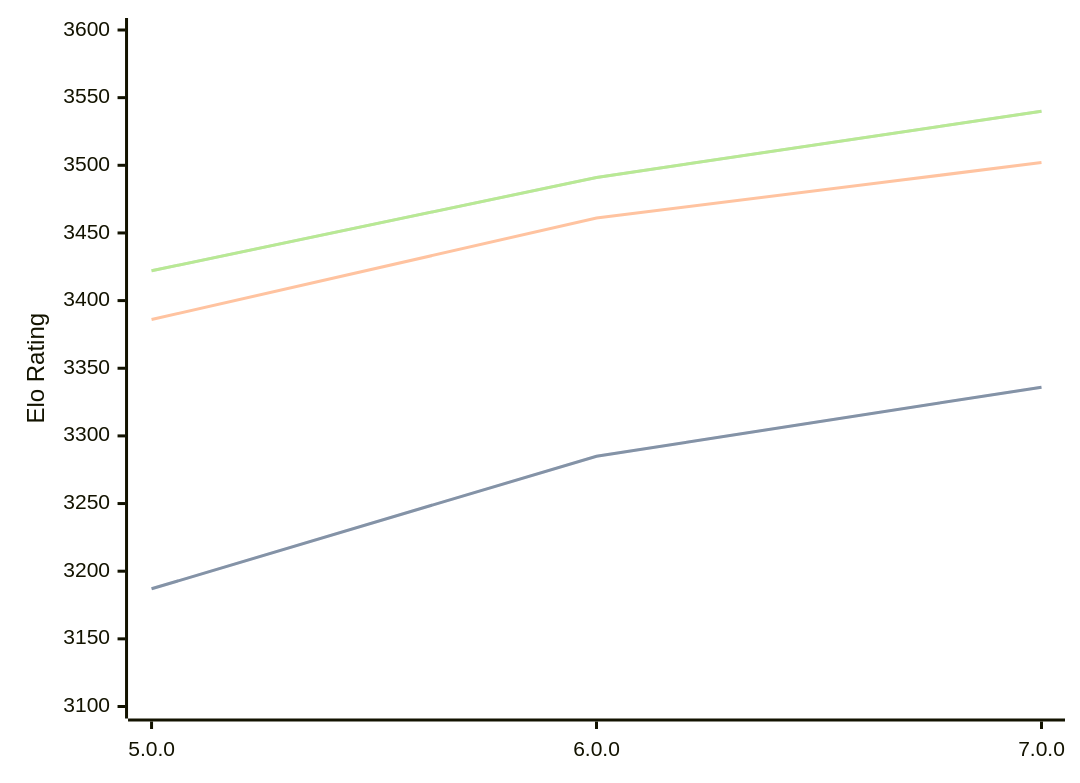
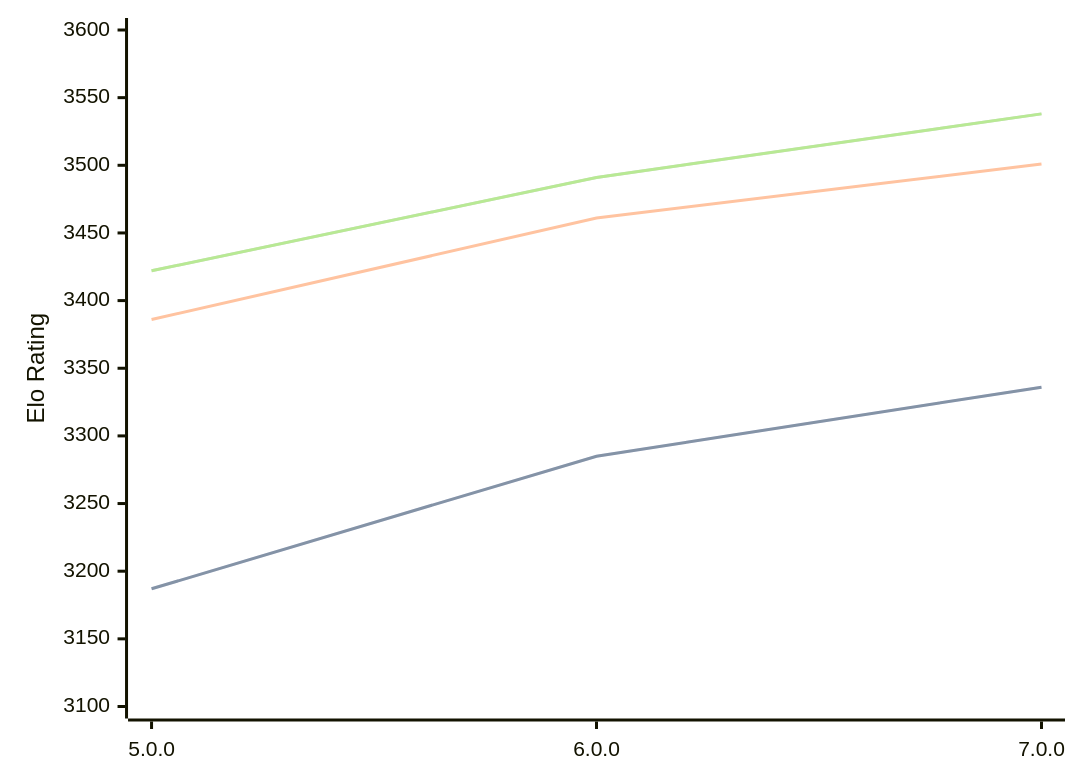
One commit to computer-chess-index/cci changed the first of 3 diagrams in engines/Stormphrax.md. Above: the diagram before and after it, drawn with Mermaid. The commit also changed other lines of this file, not shown here.

Commit message:
Update CCI Ratings (ELO VLTC) - 2026-06-27

````diff
--- a/engines/Stormphrax.md
+++ b/engines/Stormphrax.md
@@ -38,11 +38,11 @@
 ```mermaid
 %%{init: {"theme":"base","themeVariables":{"seriesColors:['#a3a3a3','#222221','#faa371']}}}%%
 xychart-beta
   x-axis ["5.0.0", "6.0.0", "7.0.0"]
   y-axis "Elo Rating" 3100 --> 3600
   line "STC (8.0+0.08s)" [3187, 3285, 3336]
   line "STC (8.0+0.08s)" [3187, 3285, 3336]
-  line "LTC (60.0+0.60s)" [3386, 3461, 3502]
-  line "VLTC (2m24s+1.12s)" [3422, 3491, 3540]
-  line "VLTC (2m24s+1.12s)" [3422, 3491, 3540]
+  line "LTC (60.0+0.60s)" [3386, 3461, 3501]
+  line "VLTC (2m24s+1.12s)" [3422, 3491, 3538]
+  line "VLTC (2m24s+1.12s)" [3422, 3491, 3538]
 ```
````
